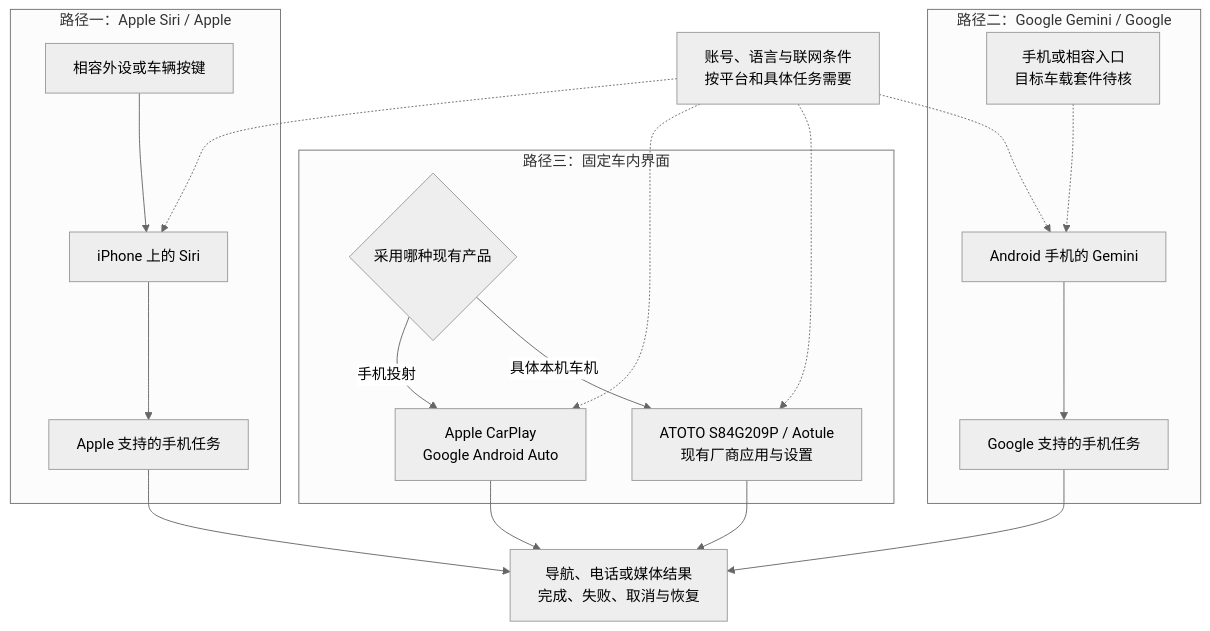
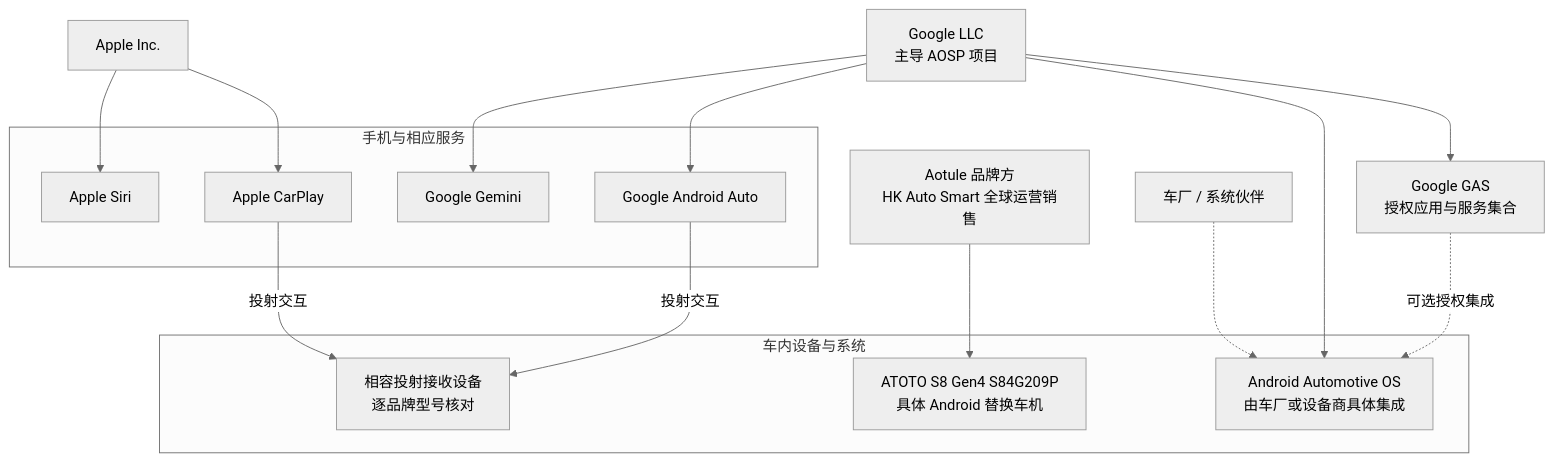
Before and after one commit to DreamSoul-AI/in-vehicle-ai-research: the diagram in dist/diagrams/fig-05.mmd, drawn with Mermaid (neutral theme). The commit also changed 51 other files, not shown here.

```diff
--- a/dist/diagrams/fig-05.mmd
+++ b/dist/diagrams/fig-05.mmd
@@ -1,30 +1,34 @@
-%% title: 三种现有平台接入路径
-%% 分析示意；Gemini目标车载外设入口待核，不代表所有蓝牙套件兼容。
-%% 来源 https://support.apple.com/en-ie/guide/iphone/iph0aa8c80e6/27/ios/27
-%% 来源 https://support.google.com/gemini/answer/15456140?hl=en
-%% 来源 https://support.google.com/gemini/answer/16735982?hl=en
-%% 来源 https://www.atotodirect.com/en-gb/pages/manual-460-en
+%% title: 平台、具体产品与公司关系
+%% 分析示意；实线表示提供、实现或投射，虚线表示授权或具体系统集成条件。
+%% 来源 https://developer.apple.com/carplay/
+%% 来源 https://source.android.com/docs/setup/about
+%% 来源 https://source.android.com/docs/automotive/start/what_automotive
+%% 来源 https://www.atotodirect.com/en-gb/pages/about-atoto
 flowchart TB
-  subgraph A["路径一：Apple Siri / Apple"]
-    A1["相容外设或车辆按键"] --> A2["iPhone 上的 Siri"]
-    A2 --> A3["Apple 支持的手机任务"]
+  APPLE["Apple Inc."]
+  GOOGLE["Google LLC<br/>主导 AOSP 项目"]
+  AOTULE["Aotule 品牌方<br/>HK Auto Smart 全球运营销售"]
+  subgraph PHONE["手机与相应服务"]
+    SIRI["Apple Siri"]
+    GEMINI["Google Gemini"]
+    CP["Apple CarPlay"]
+    AA["Google Android Auto"]
   end
-  subgraph B["路径二：Google Gemini / Google"]
-    B1["手机或相容入口<br/>目标车载套件待核"] -.-> B2["Android 手机的 Gemini"]
-    B2 --> B3["Google 支持的手机任务"]
+  subgraph CAR["车内设备与系统"]
+    SCREEN["相容投射接收设备<br/>逐品牌型号核对"]
+    AAOS["Android Automotive OS<br/>由车厂或设备商具体集成"]
+    ATOTO["ATOTO S8 Gen4 S84G209P<br/>具体 Android 替换车机"]
   end
-  subgraph C["路径三：固定车内界面"]
-    C1{"采用哪种现有产品"}
-    C1 -->|"手机投射"| C2["Apple CarPlay<br/>Google Android Auto"]
-    C1 -->|"具体本机车机"| C3["ATOTO S84G209P / Aotule<br/>现有厂商应用与设置"]
-  end
-  SERVICE["账号、语言与联网条件<br/>按平台和具体任务需要"]
-  RESULT["导航、电话或媒体结果<br/>完成、失败、取消与恢复"]
-  SERVICE -.-> A2
-  SERVICE -.-> B2
-  SERVICE -.-> C2
-  SERVICE -.-> C3
-  A3 --> RESULT
-  B3 --> RESULT
-  C2 --> RESULT
-  C3 --> RESULT
+  GAS["Google GAS<br/>授权应用与服务集合"]
+  OEM["车厂 / 系统伙伴"]
+  APPLE --> SIRI
+  APPLE --> CP
+  GOOGLE --> GEMINI
+  GOOGLE --> AA
+  GOOGLE --> AAOS
+  GOOGLE --> GAS
+  GAS -.->|"可选授权集成"| AAOS
+  OEM -.-> AAOS
+  CP -->|"投射交互"| SCREEN
+  AA -->|"投射交互"| SCREEN
+  AOTULE --> ATOTO
```
